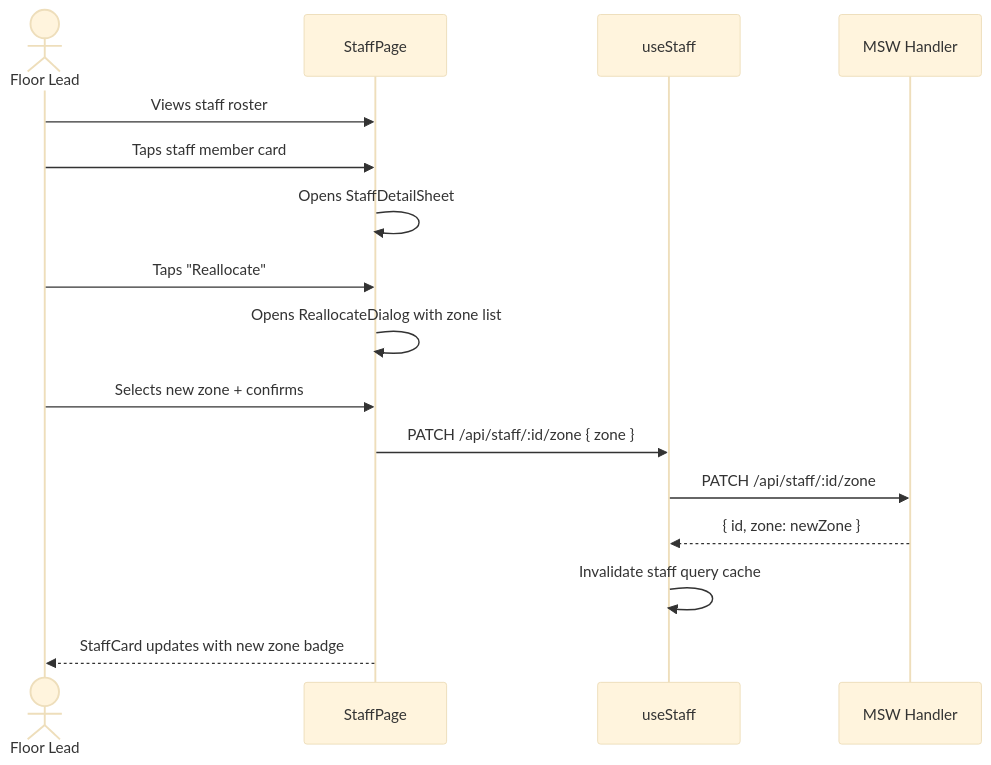
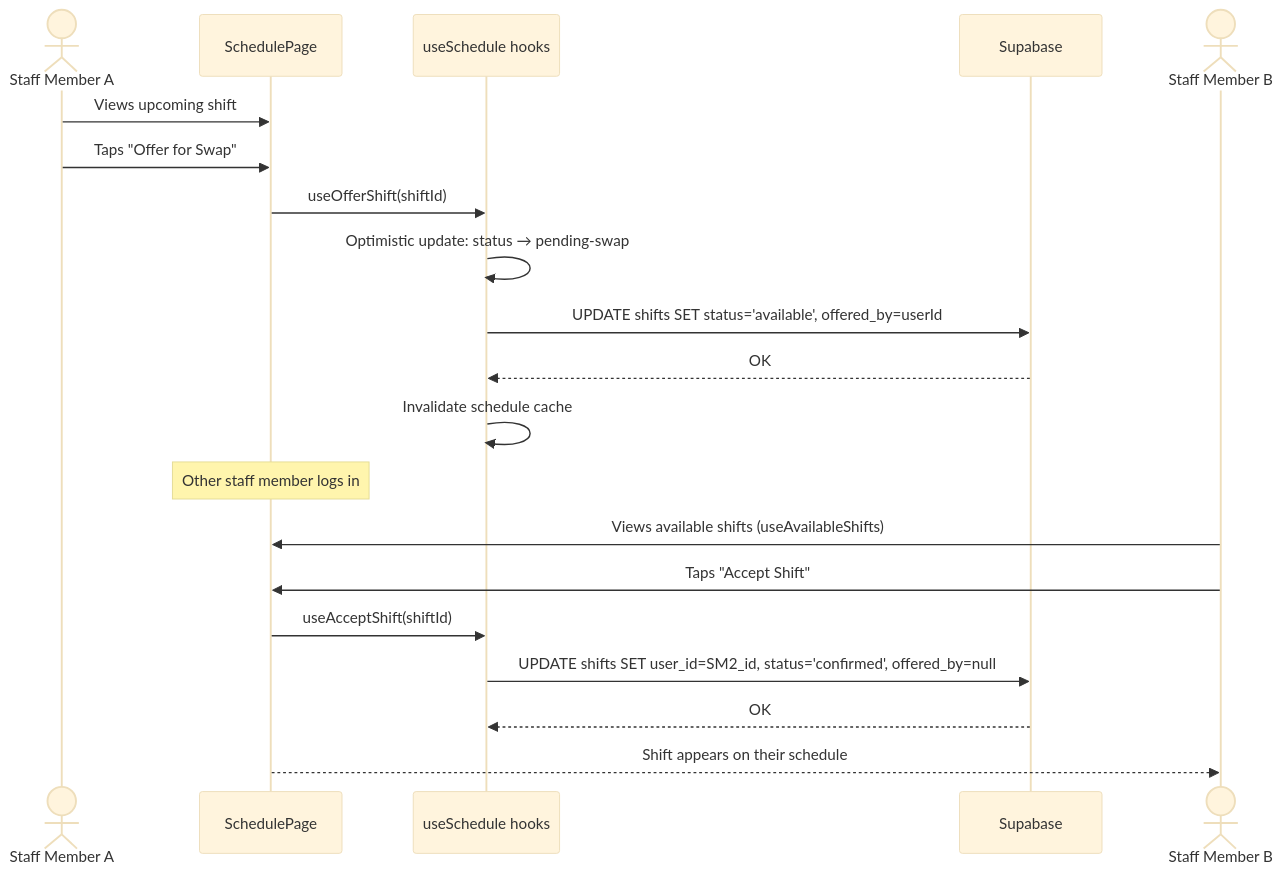
The sixth of 6 diagrams in docs/design-document.md (pkjohal/primark_pulse_poc), drawn with Mermaid (base theme) before and after one commit. The commit also changed other lines of this file and 5 other files, not shown here.

````diff
--- a/docs/design-document.md
+++ b/docs/design-document.md
@@ -219,19 +176,24 @@
 ```mermaid
 sequenceDiagram
-  actor FL as Floor Lead
-  participant UI as StaffPage
-  participant Hook as useStaff
-  participant MSW as MSW Handler
+  actor SM as Staff Member A
+  participant UI as SchedulePage
+  participant Hook as useSchedule hooks
+  participant SB as Supabase
 
-  FL->>UI: Views staff roster
-  FL->>UI: Taps staff member card
-  UI->>UI: Opens StaffDetailSheet
-  FL->>UI: Taps "Reallocate"
-  UI->>UI: Opens ReallocateDialog with zone list
-  FL->>UI: Selects new zone + confirms
-  UI->>Hook: PATCH /api/staff/:id/zone { zone }
-  Hook->>MSW: PATCH /api/staff/:id/zone
-  MSW-->>Hook: { id, zone: newZone }
-  Hook->>Hook: Invalidate staff query cache
-  UI-->>FL: StaffCard updates with new zone badge
+  SM->>UI: Views upcoming shift
+  SM->>UI: Taps "Offer for Swap"
+  UI->>Hook: useOfferShift(shiftId)
+  Hook->>Hook: Optimistic update: status → pending-swap
+  Hook->>SB: UPDATE shifts SET status='available', offered_by=userId
+  SB-->>Hook: OK
+  Hook->>Hook: Invalidate schedule cache
+
+  note over UI: Other staff member logs in
+  actor SM2 as Staff Member B
+  SM2->>UI: Views available shifts (useAvailableShifts)
+  SM2->>UI: Taps "Accept Shift"
+  UI->>Hook: useAcceptShift(shiftId)
+  Hook->>SB: UPDATE shifts SET user_id=SM2_id, status='confirmed', offered_by=null
+  SB-->>Hook: OK
+  UI-->>SM2: Shift appears on their schedule
 ```
````
